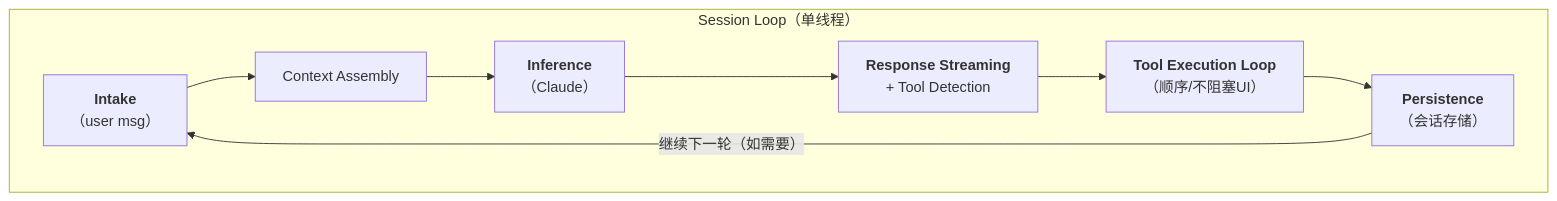
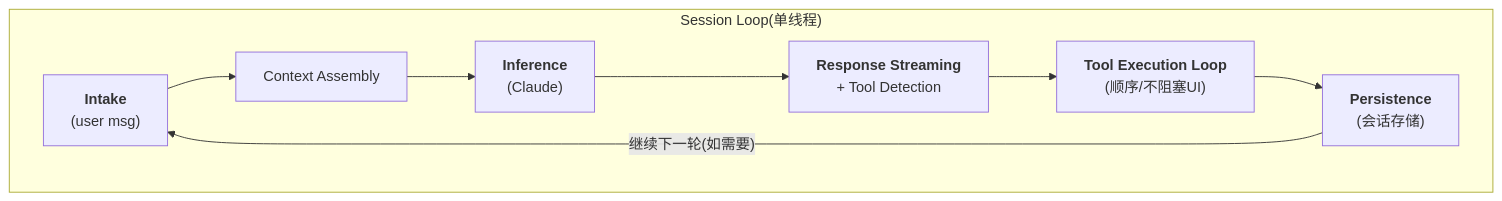
One commit to yeasy/harness_engineering_guide changed the third of 3 diagrams in 04_runtime/4.1_agent_loop.md. Above: the diagram before and after it, drawn with Mermaid. The commit also changed other lines of this file and 58 other files, not shown here.

````diff
--- a/04_runtime/4.1_agent_loop.md
+++ b/04_runtime/4.1_agent_loop.md
@@ -149,11 +149,11 @@
 ```mermaid
 flowchart TD
-    subgraph SessionLoop["Session Loop（单线程）"]
-        A["<b>Intake</b><br/>（user msg）"] --> B["Context Assembly"]
-        B --> C["<b>Inference</b><br/>（Claude）"]
+    subgraph SessionLoop["Session Loop(单线程)"]
+        A["<b>Intake</b><br/>(user msg)"] --> B["Context Assembly"]
+        B --> C["<b>Inference</b><br/>(Claude)"]
         C --> D["<b>Response Streaming</b><br/>+ Tool Detection"]
-        D --> E["<b>Tool Execution Loop</b><br/>（顺序/不阻塞UI）"]
-        E --> F["<b>Persistence</b><br/>（会话存储）"]
-        F -->|"继续下一轮（如需要）"| A
+        D --> E["<b>Tool Execution Loop</b><br/>(顺序/不阻塞UI)"]
+        E --> F["<b>Persistence</b><br/>(会话存储)"]
+        F -->|"继续下一轮(如需要)"| A
     end
 ```
````
